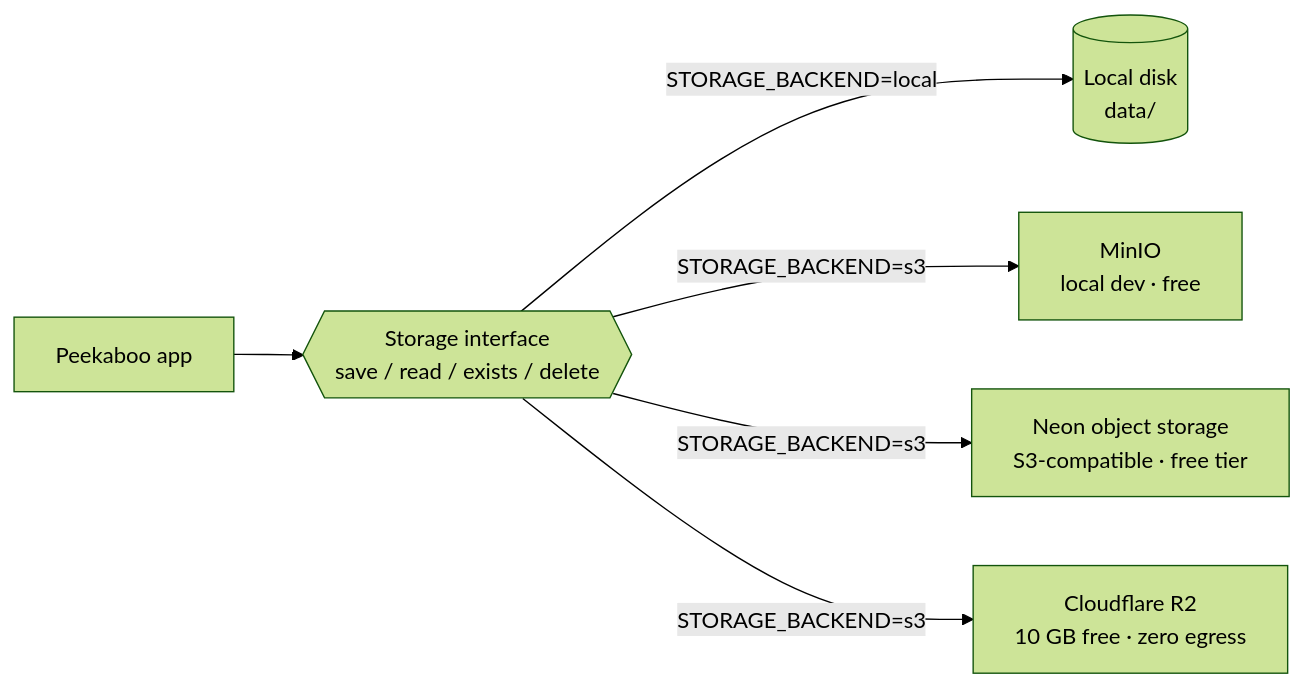
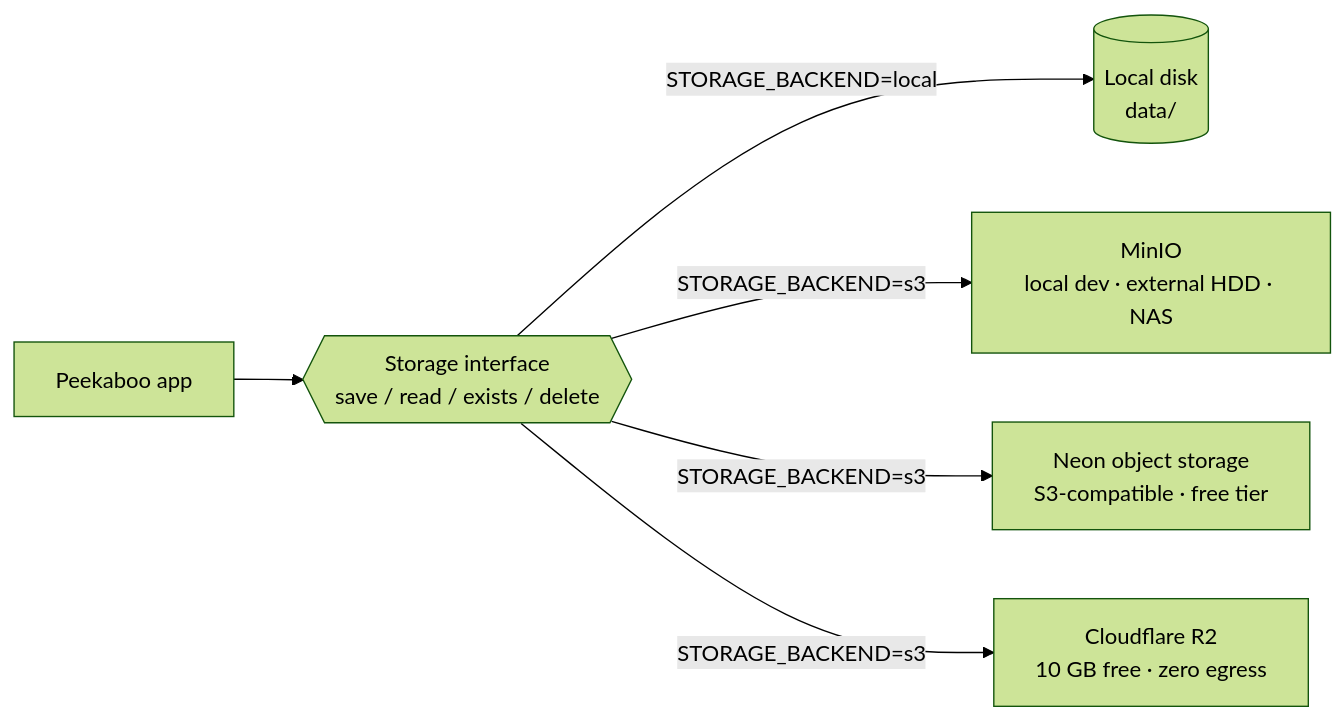
One commit to KumarAnubhav64/peekaboo changed the first of 8 diagrams in README.md. Above: the diagram before and after it, drawn with Mermaid (forest theme). The commit also changed other lines of this file and 7 other files, not shown here.

````diff
--- a/README.md
+++ b/README.md
@@ -21,8 +21,8 @@
 ```mermaid
 flowchart LR
     APP[Peekaboo app] --> IF{{Storage interface<br/>save / read / exists / delete}}
     IF -->|STORAGE_BACKEND=local| FS[(Local disk<br/>data/)]
-    IF -->|STORAGE_BACKEND=s3| MINIO[MinIO<br/>local dev · free]
+    IF -->|STORAGE_BACKEND=s3| MINIO[MinIO<br/>local dev · external HDD · NAS]
     IF -->|STORAGE_BACKEND=s3| NEON[Neon object storage<br/>S3-compatible · free tier]
     IF -->|STORAGE_BACKEND=s3| R2[Cloudflare R2<br/>10 GB free · zero egress]
 ```
````
